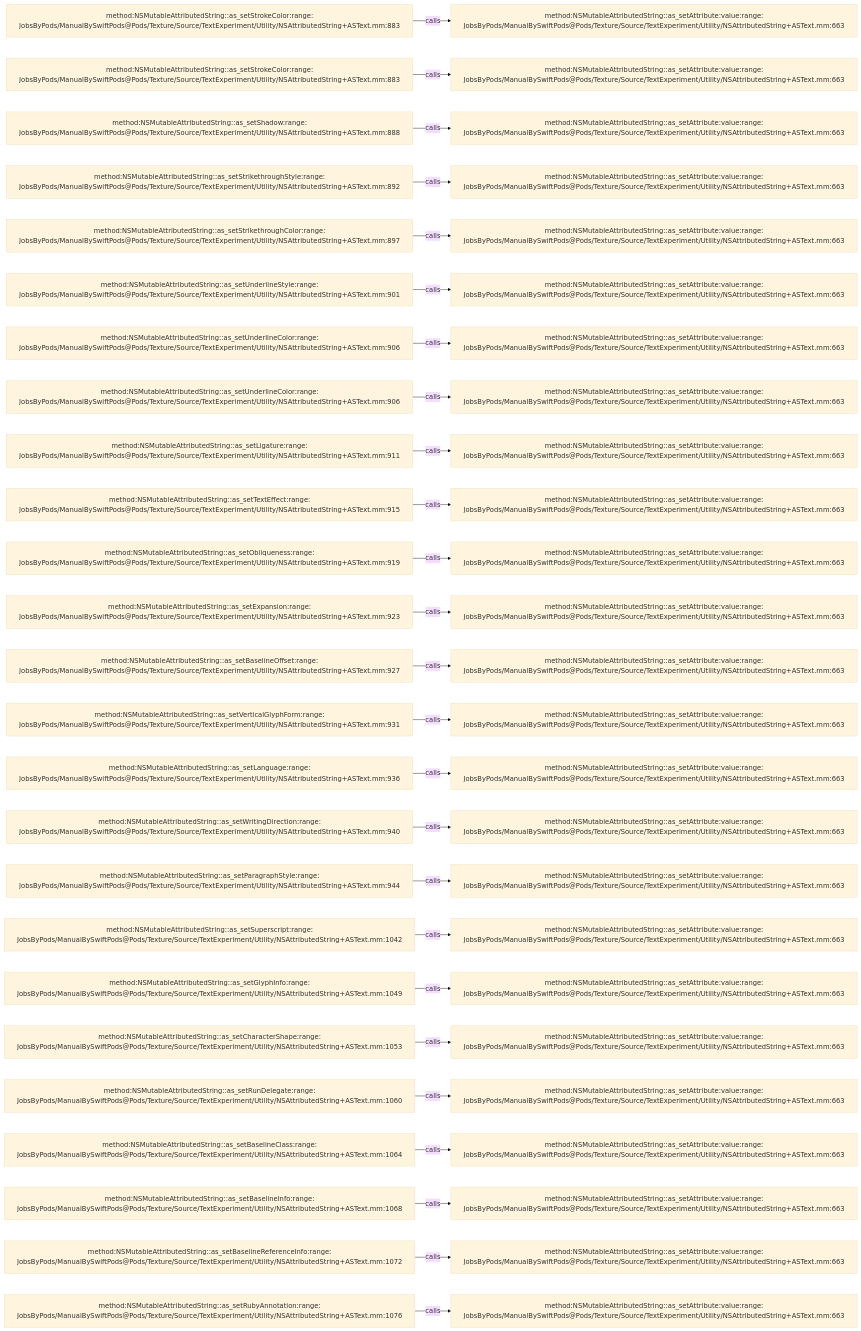
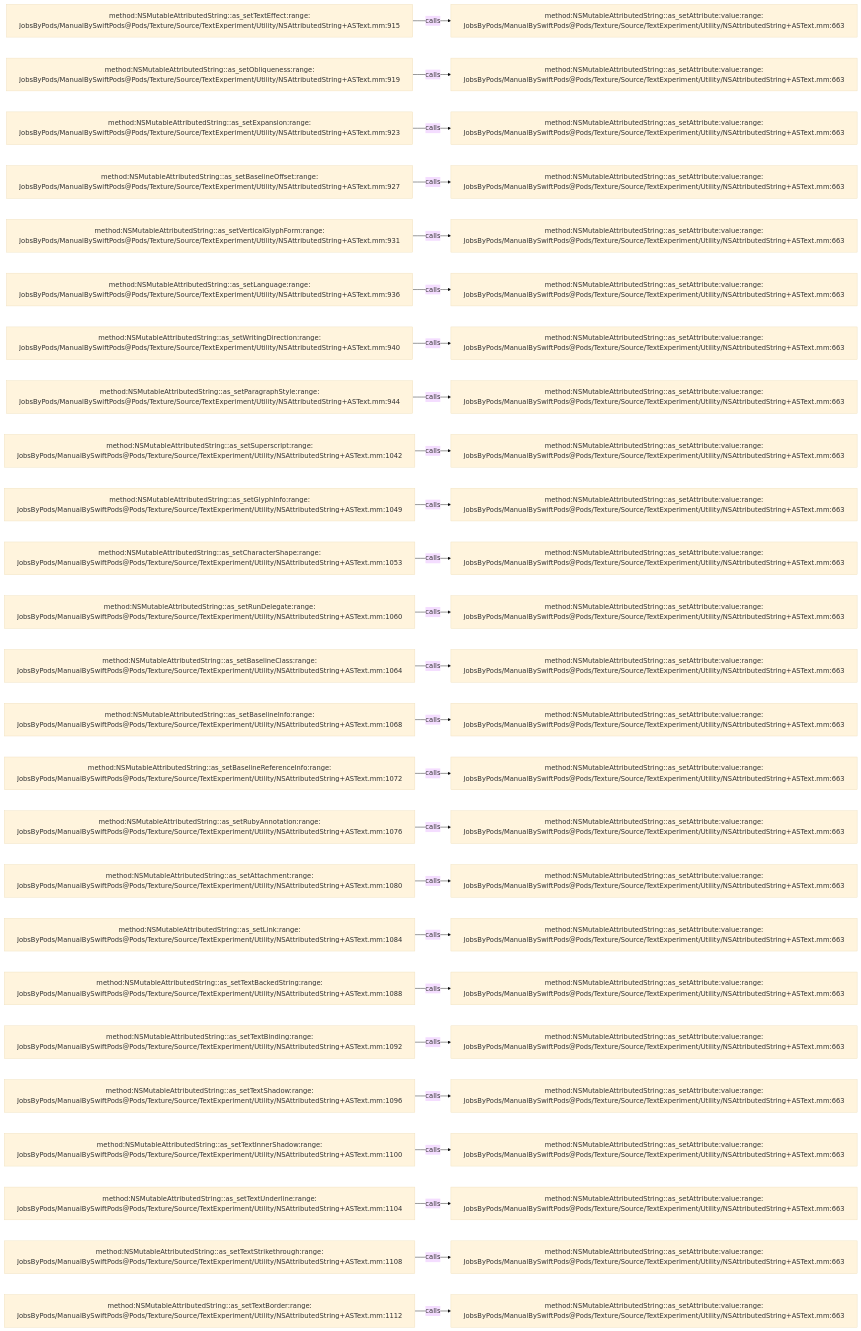
Before and after one commit to JobsKits/JobsSwiftBaseConfigDemo: the diagram in .codegraph/codegraph.md/graphs/calls-146.md, drawn with Mermaid (base theme). The commit also changed 707 other files, not shown here.

````diff
--- a/.codegraph/codegraph.md/graphs/calls-146.md
+++ b/.codegraph/codegraph.md/graphs/calls-146.md
@@ -13,78 +13,78 @@
 ```mermaid
 flowchart LR
-  S1["method:NSMutableAttributedString::as_setStrokeColor:range:<br/>JobsByPods/ManualBySwiftPods@Pods/Texture/Source/TextExperiment/Utility/NSAttributedString+ASText.mm:883"]
+  S1["method:NSMutableAttributedString::as_setTextEffect:range:<br/>JobsByPods/ManualBySwiftPods@Pods/Texture/Source/TextExperiment/Utility/NSAttributedString+ASText.mm:915"]
   T1["method:NSMutableAttributedString::as_setAttribute:value:range:<br/>JobsByPods/ManualBySwiftPods@Pods/Texture/Source/TextExperiment/Utility/NSAttributedString+ASText.mm:663"]
   S1 -->|calls| T1
-  S2["method:NSMutableAttributedString::as_setStrokeColor:range:<br/>JobsByPods/ManualBySwiftPods@Pods/Texture/Source/TextExperiment/Utility/NSAttributedString+ASText.mm:883"]
+  S2["method:NSMutableAttributedString::as_setObliqueness:range:<br/>JobsByPods/ManualBySwiftPods@Pods/Texture/Source/TextExperiment/Utility/NSAttributedString+ASText.mm:919"]
   T2["method:NSMutableAttributedString::as_setAttribute:value:range:<br/>JobsByPods/ManualBySwiftPods@Pods/Texture/Source/TextExperiment/Utility/NSAttributedString+ASText.mm:663"]
   S2 -->|calls| T2
-  S3["method:NSMutableAttributedString::as_setShadow:range:<br/>JobsByPods/ManualBySwiftPods@Pods/Texture/Source/TextExperiment/Utility/NSAttributedString+ASText.mm:888"]
+  S3["method:NSMutableAttributedString::as_setExpansion:range:<br/>JobsByPods/ManualBySwiftPods@Pods/Texture/Source/TextExperiment/Utility/NSAttributedString+ASText.mm:923"]
   T3["method:NSMutableAttributedString::as_setAttribute:value:range:<br/>JobsByPods/ManualBySwiftPods@Pods/Texture/Source/TextExperiment/Utility/NSAttributedString+ASText.mm:663"]
   S3 -->|calls| T3
-  S4["method:NSMutableAttributedString::as_setStrikethroughStyle:range:<br/>JobsByPods/ManualBySwiftPods@Pods/Texture/Source/TextExperiment/Utility/NSAttributedString+ASText.mm:892"]
+  S4["method:NSMutableAttributedString::as_setBaselineOffset:range:<br/>JobsByPods/ManualBySwiftPods@Pods/Texture/Source/TextExperiment/Utility/NSAttributedString+ASText.mm:927"]
   T4["method:NSMutableAttributedString::as_setAttribute:value:range:<br/>JobsByPods/ManualBySwiftPods@Pods/Texture/Source/TextExperiment/Utility/NSAttributedString+ASText.mm:663"]
   S4 -->|calls| T4
-  S5["method:NSMutableAttributedString::as_setStrikethroughColor:range:<br/>JobsByPods/ManualBySwiftPods@Pods/Texture/Source/TextExperiment/Utility/NSAttributedString+ASText.mm:897"]
+  S5["method:NSMutableAttributedString::as_setVerticalGlyphForm:range:<br/>JobsByPods/ManualBySwiftPods@Pods/Texture/Source/TextExperiment/Utility/NSAttributedString+ASText.mm:931"]
   T5["method:NSMutableAttributedString::as_setAttribute:value:range:<br/>JobsByPods/ManualBySwiftPods@Pods/Texture/Source/TextExperiment/Utility/NSAttributedString+ASText.mm:663"]
   S5 -->|calls| T5
-  S6["method:NSMutableAttributedString::as_setUnderlineStyle:range:<br/>JobsByPods/ManualBySwiftPods@Pods/Texture/Source/TextExperiment/Utility/NSAttributedString+ASText.mm:901"]
+  S6["method:NSMutableAttributedString::as_setLanguage:range:<br/>JobsByPods/ManualBySwiftPods@Pods/Texture/Source/TextExperiment/Utility/NSAttributedString+ASText.mm:936"]
   T6["method:NSMutableAttributedString::as_setAttribute:value:range:<br/>JobsByPods/ManualBySwiftPods@Pods/Texture/Source/TextExperiment/Utility/NSAttributedString+ASText.mm:663"]
   S6 -->|calls| T6
-  S7["method:NSMutableAttributedString::as_setUnderlineColor:range:<br/>JobsByPods/ManualBySwiftPods@Pods/Texture/Source/TextExperiment/Utility/NSAttributedString+ASText.mm:906"]
+  S7["method:NSMutableAttributedString::as_setWritingDirection:range:<br/>JobsByPods/ManualBySwiftPods@Pods/Texture/Source/TextExperiment/Utility/NSAttributedString+ASText.mm:940"]
   T7["method:NSMutableAttributedString::as_setAttribute:value:range:<br/>JobsByPods/ManualBySwiftPods@Pods/Texture/Source/TextExperiment/Utility/NSAttributedString+ASText.mm:663"]
   S7 -->|calls| T7
-  S8["method:NSMutableAttributedString::as_setUnderlineColor:range:<br/>JobsByPods/ManualBySwiftPods@Pods/Texture/Source/TextExperiment/Utility/NSAttributedString+ASText.mm:906"]
+  S8["method:NSMutableAttributedString::as_setParagraphStyle:range:<br/>JobsByPods/ManualBySwiftPods@Pods/Texture/Source/TextExperiment/Utility/NSAttributedString+ASText.mm:944"]
   T8["method:NSMutableAttributedString::as_setAttribute:value:range:<br/>JobsByPods/ManualBySwiftPods@Pods/Texture/Source/TextExperiment/Utility/NSAttributedString+ASText.mm:663"]
   S8 -->|calls| T8
-  S9["method:NSMutableAttributedString::as_setLigature:range:<br/>JobsByPods/ManualBySwiftPods@Pods/Texture/Source/TextExperiment/Utility/NSAttributedString+ASText.mm:911"]
+  S9["method:NSMutableAttributedString::as_setSuperscript:range:<br/>JobsByPods/ManualBySwiftPods@Pods/Texture/Source/TextExperiment/Utility/NSAttributedString+ASText.mm:1042"]
   T9["method:NSMutableAttributedString::as_setAttribute:value:range:<br/>JobsByPods/ManualBySwiftPods@Pods/Texture/Source/TextExperiment/Utility/NSAttributedString+ASText.mm:663"]
   S9 -->|calls| T9
-  S10["method:NSMutableAttributedString::as_setTextEffect:range:<br/>JobsByPods/ManualBySwiftPods@Pods/Texture/Source/TextExperiment/Utility/NSAttributedString+ASText.mm:915"]
+  S10["method:NSMutableAttributedString::as_setGlyphInfo:range:<br/>JobsByPods/ManualBySwiftPods@Pods/Texture/Source/TextExperiment/Utility/NSAttributedString+ASText.mm:1049"]
   T10["method:NSMutableAttributedString::as_setAttribute:value:range:<br/>JobsByPods/ManualBySwiftPods@Pods/Texture/Source/TextExperiment/Utility/NSAttributedString+ASText.mm:663"]
   S10 -->|calls| T10
-  S11["method:NSMutableAttributedString::as_setObliqueness:range:<br/>JobsByPods/ManualBySwiftPods@Pods/Texture/Source/TextExperiment/Utility/NSAttributedString+ASText.mm:919"]
+  S11["method:NSMutableAttributedString::as_setCharacterShape:range:<br/>JobsByPods/ManualBySwiftPods@Pods/Texture/Source/TextExperiment/Utility/NSAttributedString+ASText.mm:1053"]
   T11["method:NSMutableAttributedString::as_setAttribute:value:range:<br/>JobsByPods/ManualBySwiftPods@Pods/Texture/Source/TextExperiment/Utility/NSAttributedString+ASText.mm:663"]
   S11 -->|calls| T11
-  S12["method:NSMutableAttributedString::as_setExpansion:range:<br/>JobsByPods/ManualBySwiftPods@Pods/Texture/Source/TextExperiment/Utility/NSAttributedString+ASText.mm:923"]
+  S12["method:NSMutableAttributedString::as_setRunDelegate:range:<br/>JobsByPods/ManualBySwiftPods@Pods/Texture/Source/TextExperiment/Utility/NSAttributedString+ASText.mm:1060"]
   T12["method:NSMutableAttributedString::as_setAttribute:value:range:<br/>JobsByPods/ManualBySwiftPods@Pods/Texture/Source/TextExperiment/Utility/NSAttributedString+ASText.mm:663"]
   S12 -->|calls| T12
-  S13["method:NSMutableAttributedString::as_setBaselineOffset:range:<br/>JobsByPods/ManualBySwiftPods@Pods/Texture/Source/TextExperiment/Utility/NSAttributedString+ASText.mm:927"]
+  S13["method:NSMutableAttributedString::as_setBaselineClass:range:<br/>JobsByPods/ManualBySwiftPods@Pods/Texture/Source/TextExperiment/Utility/NSAttributedString+ASText.mm:1064"]
   T13["method:NSMutableAttributedString::as_setAttribute:value:range:<br/>JobsByPods/ManualBySwiftPods@Pods/Texture/Source/TextExperiment/Utility/NSAttributedString+ASText.mm:663"]
   S13 -->|calls| T13
-  S14["method:NSMutableAttributedString::as_setVerticalGlyphForm:range:<br/>JobsByPods/ManualBySwiftPods@Pods/Texture/Source/TextExperiment/Utility/NSAttributedString+ASText.mm:931"]
+  S14["method:NSMutableAttributedString::as_setBaselineInfo:range:<br/>JobsByPods/ManualBySwiftPods@Pods/Texture/Source/TextExperiment/Utility/NSAttributedString+ASText.mm:1068"]
   T14["method:NSMutableAttributedString::as_setAttribute:value:range:<br/>JobsByPods/ManualBySwiftPods@Pods/Texture/Source/TextExperiment/Utility/NSAttributedString+ASText.mm:663"]
   S14 -->|calls| T14
-  S15["method:NSMutableAttributedString::as_setLanguage:range:<br/>JobsByPods/ManualBySwiftPods@Pods/Texture/Source/TextExperiment/Utility/NSAttributedString+ASText.mm:936"]
+  S15["method:NSMutableAttributedString::as_setBaselineReferenceInfo:range:<br/>JobsByPods/ManualBySwiftPods@Pods/Texture/Source/TextExperiment/Utility/NSAttributedString+ASText.mm:1072"]
   T15["method:NSMutableAttributedString::as_setAttribute:value:range:<br/>JobsByPods/ManualBySwiftPods@Pods/Texture/Source/TextExperiment/Utility/NSAttributedString+ASText.mm:663"]
   S15 -->|calls| T15
-  S16["method:NSMutableAttributedString::as_setWritingDirection:range:<br/>JobsByPods/ManualBySwiftPods@Pods/Texture/Source/TextExperiment/Utility/NSAttributedString+ASText.mm:940"]
+  S16["method:NSMutableAttributedString::as_setRubyAnnotation:range:<br/>JobsByPods/ManualBySwiftPods@Pods/Texture/Source/TextExperiment/Utility/NSAttributedString+ASText.mm:1076"]
   T16["method:NSMutableAttributedString::as_setAttribute:value:range:<br/>JobsByPods/ManualBySwiftPods@Pods/Texture/Source/TextExperiment/Utility/NSAttributedString+ASText.mm:663"]
   S16 -->|calls| T16
-  S17["method:NSMutableAttributedString::as_setParagraphStyle:range:<br/>JobsByPods/ManualBySwiftPods@Pods/Texture/Source/TextExperiment/Utility/NSAttributedString+ASText.mm:944"]
+  S17["method:NSMutableAttributedString::as_setAttachment:range:<br/>JobsByPods/ManualBySwiftPods@Pods/Texture/Source/TextExperiment/Utility/NSAttributedString+ASText.mm:1080"]
   T17["method:NSMutableAttributedString::as_setAttribute:value:range:<br/>JobsByPods/ManualBySwiftPods@Pods/Texture/Source/TextExperiment/Utility/NSAttributedString+ASText.mm:663"]
   S17 -->|calls| T17
-  S18["method:NSMutableAttributedString::as_setSuperscript:range:<br/>JobsByPods/ManualBySwiftPods@Pods/Texture/Source/TextExperiment/Utility/NSAttributedString+ASText.mm:1042"]
+  S18["method:NSMutableAttributedString::as_setLink:range:<br/>JobsByPods/ManualBySwiftPods@Pods/Texture/Source/TextExperiment/Utility/NSAttributedString+ASText.mm:1084"]
   T18["method:NSMutableAttributedString::as_setAttribute:value:range:<br/>JobsByPods/ManualBySwiftPods@Pods/Texture/Source/TextExperiment/Utility/NSAttributedString+ASText.mm:663"]
   S18 -->|calls| T18
-  S19["method:NSMutableAttributedString::as_setGlyphInfo:range:<br/>JobsByPods/ManualBySwiftPods@Pods/Texture/Source/TextExperiment/Utility/NSAttributedString+ASText.mm:1049"]
+  S19["method:NSMutableAttributedString::as_setTextBackedString:range:<br/>JobsByPods/ManualBySwiftPods@Pods/Texture/Source/TextExperiment/Utility/NSAttributedString+ASText.mm:1088"]
   T19["method:NSMutableAttributedString::as_setAttribute:value:range:<br/>JobsByPods/ManualBySwiftPods@Pods/Texture/Source/TextExperiment/Utility/NSAttributedString+ASText.mm:663"]
   S19 -->|calls| T19
-  S20["method:NSMutableAttributedString::as_setCharacterShape:range:<br/>JobsByPods/ManualBySwiftPods@Pods/Texture/Source/TextExperiment/Utility/NSAttributedString+ASText.mm:1053"]
+  S20["method:NSMutableAttributedString::as_setTextBinding:range:<br/>JobsByPods/ManualBySwiftPods@Pods/Texture/Source/TextExperiment/Utility/NSAttributedString+ASText.mm:1092"]
   T20["method:NSMutableAttributedString::as_setAttribute:value:range:<br/>JobsByPods/ManualBySwiftPods@Pods/Texture/Source/TextExperiment/Utility/NSAttributedString+ASText.mm:663"]
   S20 -->|calls| T20
-  S21["method:NSMutableAttributedString::as_setRunDelegate:range:<br/>JobsByPods/ManualBySwiftPods@Pods/Texture/Source/TextExperiment/Utility/NSAttributedString+ASText.mm:1060"]
+  S21["method:NSMutableAttributedString::as_setTextShadow:range:<br/>JobsByPods/ManualBySwiftPods@Pods/Texture/Source/TextExperiment/Utility/NSAttributedString+ASText.mm:1096"]
   T21["method:NSMutableAttributedString::as_setAttribute:value:range:<br/>JobsByPods/ManualBySwiftPods@Pods/Texture/Source/TextExperiment/Utility/NSAttributedString+ASText.mm:663"]
   S21 -->|calls| T21
-  S22["method:NSMutableAttributedString::as_setBaselineClass:range:<br/>JobsByPods/ManualBySwiftPods@Pods/Texture/Source/TextExperiment/Utility/NSAttributedString+ASText.mm:1064"]
+  S22["method:NSMutableAttributedString::as_setTextInnerShadow:range:<br/>JobsByPods/ManualBySwiftPods@Pods/Texture/Source/TextExperiment/Utility/NSAttributedString+ASText.mm:1100"]
   T22["method:NSMutableAttributedString::as_setAttribute:value:range:<br/>JobsByPods/ManualBySwiftPods@Pods/Texture/Source/TextExperiment/Utility/NSAttributedString+ASText.mm:663"]
   S22 -->|calls| T22
-  S23["method:NSMutableAttributedString::as_setBaselineInfo:range:<br/>JobsByPods/ManualBySwiftPods@Pods/Texture/Source/TextExperiment/Utility/NSAttributedString+ASText.mm:1068"]
+  S23["method:NSMutableAttributedString::as_setTextUnderline:range:<br/>JobsByPods/ManualBySwiftPods@Pods/Texture/Source/TextExperiment/Utility/NSAttributedString+ASText.mm:1104"]
   T23["method:NSMutableAttributedString::as_setAttribute:value:range:<br/>JobsByPods/ManualBySwiftPods@Pods/Texture/Source/TextExperiment/Utility/NSAttributedString+ASText.mm:663"]
   S23 -->|calls| T23
-  S24["method:NSMutableAttributedString::as_setBaselineReferenceInfo:range:<br/>JobsByPods/ManualBySwiftPods@Pods/Texture/Source/TextExperiment/Utility/NSAttributedString+ASText.mm:1072"]
+  S24["method:NSMutableAttributedString::as_setTextStrikethrough:range:<br/>JobsByPods/ManualBySwiftPods@Pods/Texture/Source/TextExperiment/Utility/NSAttributedString+ASText.mm:1108"]
   T24["method:NSMutableAttributedString::as_setAttribute:value:range:<br/>JobsByPods/ManualBySwiftPods@Pods/Texture/Source/TextExperiment/Utility/NSAttributedString+ASText.mm:663"]
   S24 -->|calls| T24
-  S25["method:NSMutableAttributedString::as_setRubyAnnotation:range:<br/>JobsByPods/ManualBySwiftPods@Pods/Texture/Source/TextExperiment/Utility/NSAttributedString+ASText.mm:1076"]
+  S25["method:NSMutableAttributedString::as_setTextBorder:range:<br/>JobsByPods/ManualBySwiftPods@Pods/Texture/Source/TextExperiment/Utility/NSAttributedString+ASText.mm:1112"]
   T25["method:NSMutableAttributedString::as_setAttribute:value:range:<br/>JobsByPods/ManualBySwiftPods@Pods/Texture/Source/TextExperiment/Utility/NSAttributedString+ASText.mm:663"]
   S25 -->|calls| T25
 ```
````
